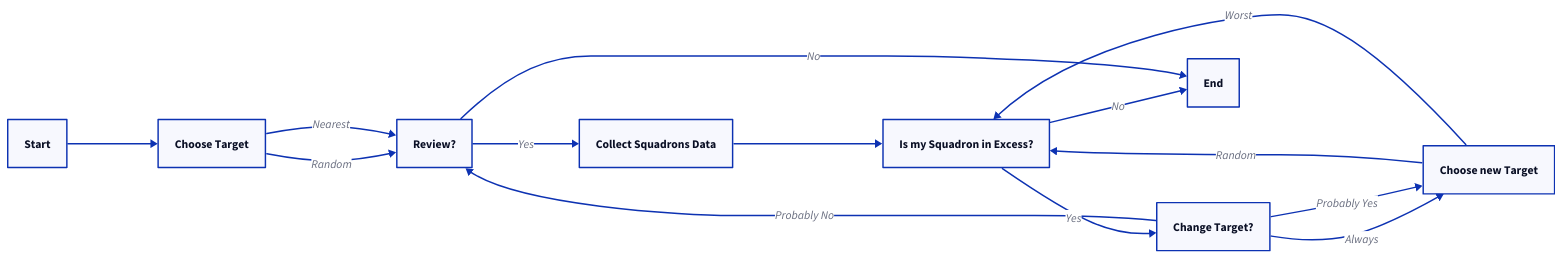
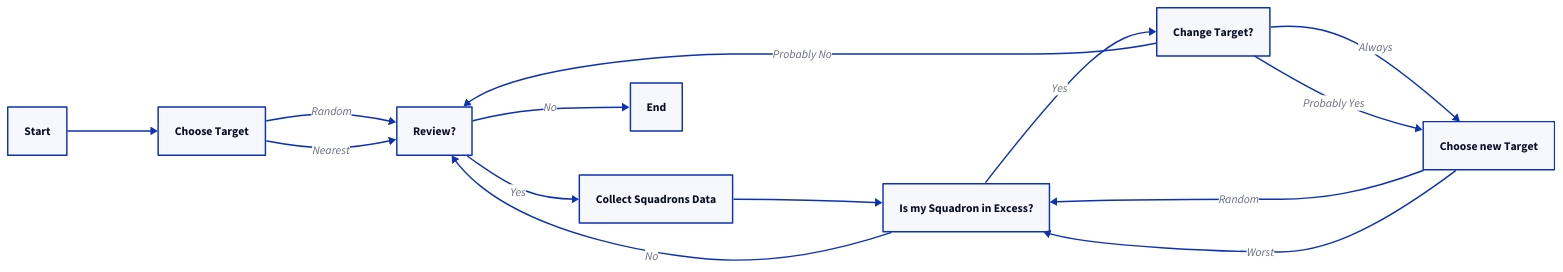
The diagram in diagrams/task-allocator.d2 (frefolli/argos-report), drawn with D2 before and after one commit. The commit also changed 3 other files, not shown here.

Commit message:
updated diagrams

```diff
--- a/diagrams/task-allocator.d2
+++ b/diagrams/task-allocator.d2
@@ -1,29 +1,29 @@
 direction: right
 
 P_0: Start
 P_1: Choose Target
 P_2: Review?
 P_3: Collect Squadrons Data
 P_4: Is my Squadron in Excess?
 P_5: Change Target?
 P_6: Choose new Target
 P_N: End
 
 P_0 -> P_1
 P_1 -> P_2: Random
 P_1 -> P_2: Nearest
 
 P_2 -> P_3: Yes
 P_3 -> P_4
 
 P_4 -> P_5: Yes
 
 P_5 -> P_6: Always
 P_5 -> P_6: Probably Yes
 P_5 -> P_2: Probably No
 
 P_6 -> P_4: Random
 P_6 -> P_4: Worst
 
-P_4 -> P_N: No
+P_4 -> P_2: No
 P_2 -> P_N: No
```
